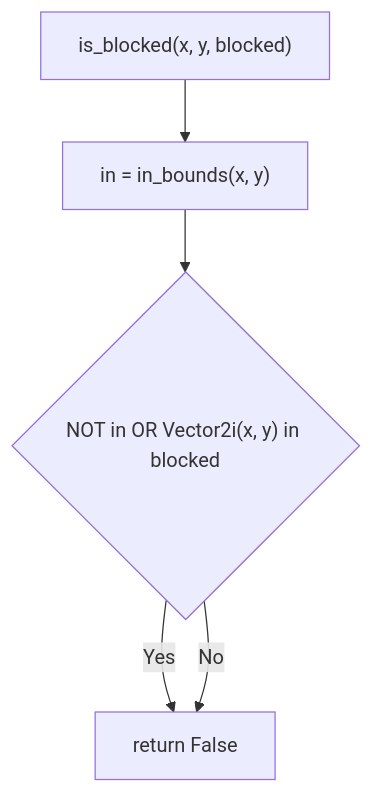
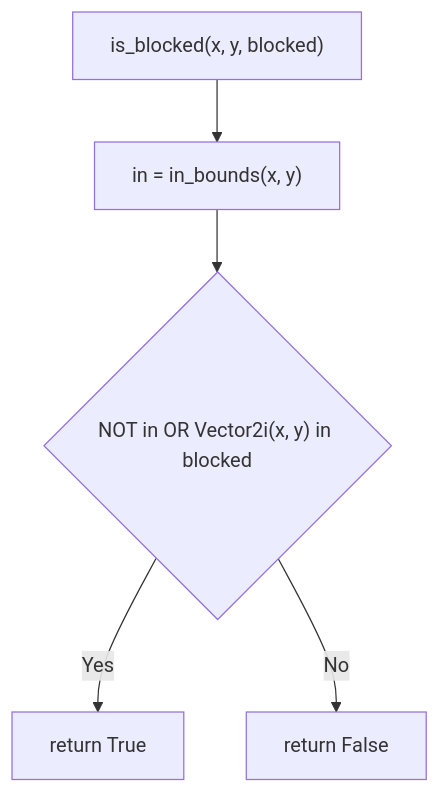
The sixth of 16 diagrams in README.md (Askemanden/dasSpiel), drawn with Mermaid before and after one commit. The commit also changed other lines of this file, not shown here.

Commit message:
Fix duplicate values in flowchart

````diff
--- a/README.md
+++ b/README.md
@@ -515,7 +515,7 @@
 ```mermaid
 flowchart TD
     A["is_blocked(x, y, blocked)"] --> B["in = in_bounds(x, y)"]
     B --> C{"NOT in OR Vector2i(x, y) in blocked"}
-    C -- Yes --> Z["return True"]
+    C -- Yes --> Y["return True"]
     C -- No --> Z["return False"]
 ```
````
